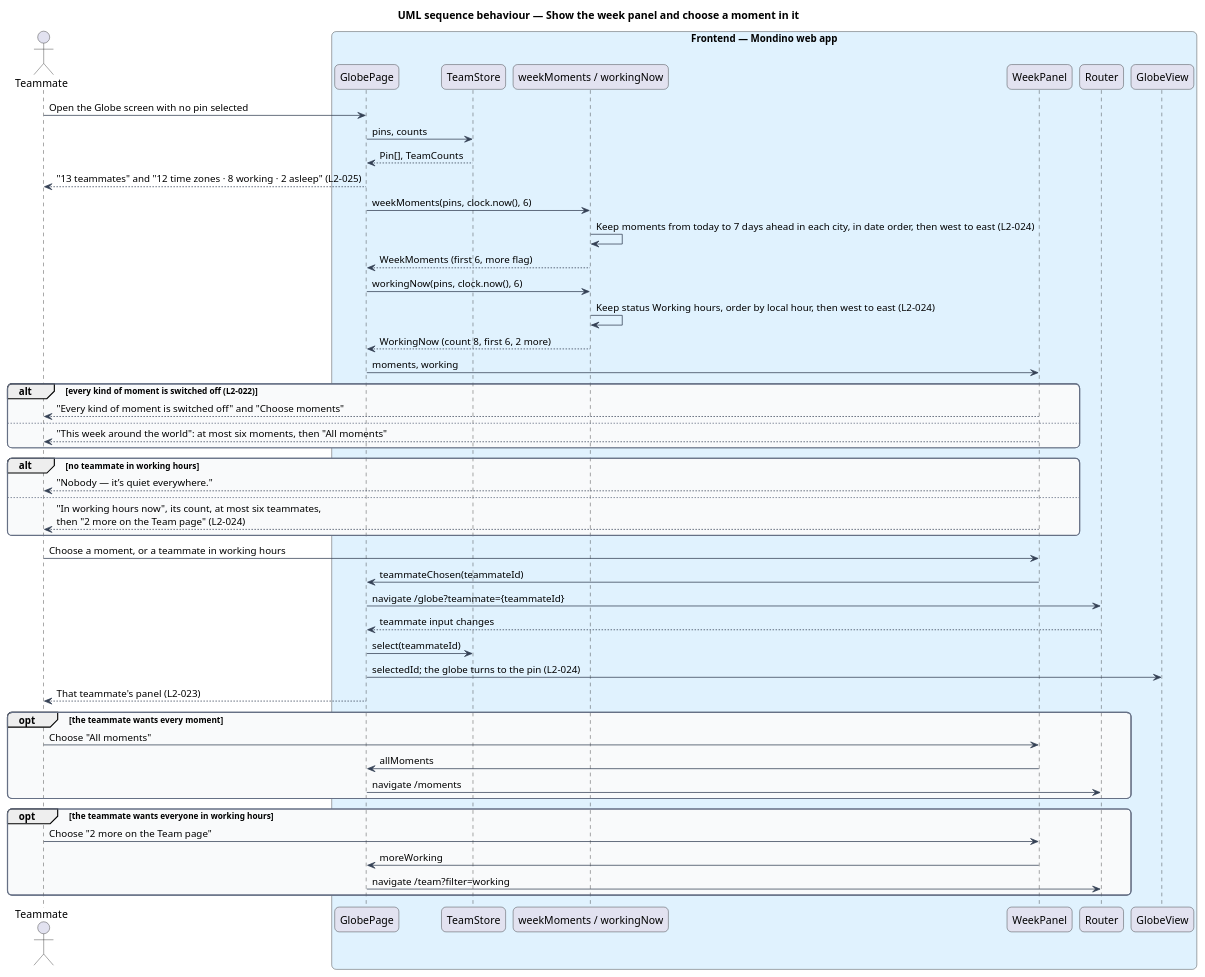
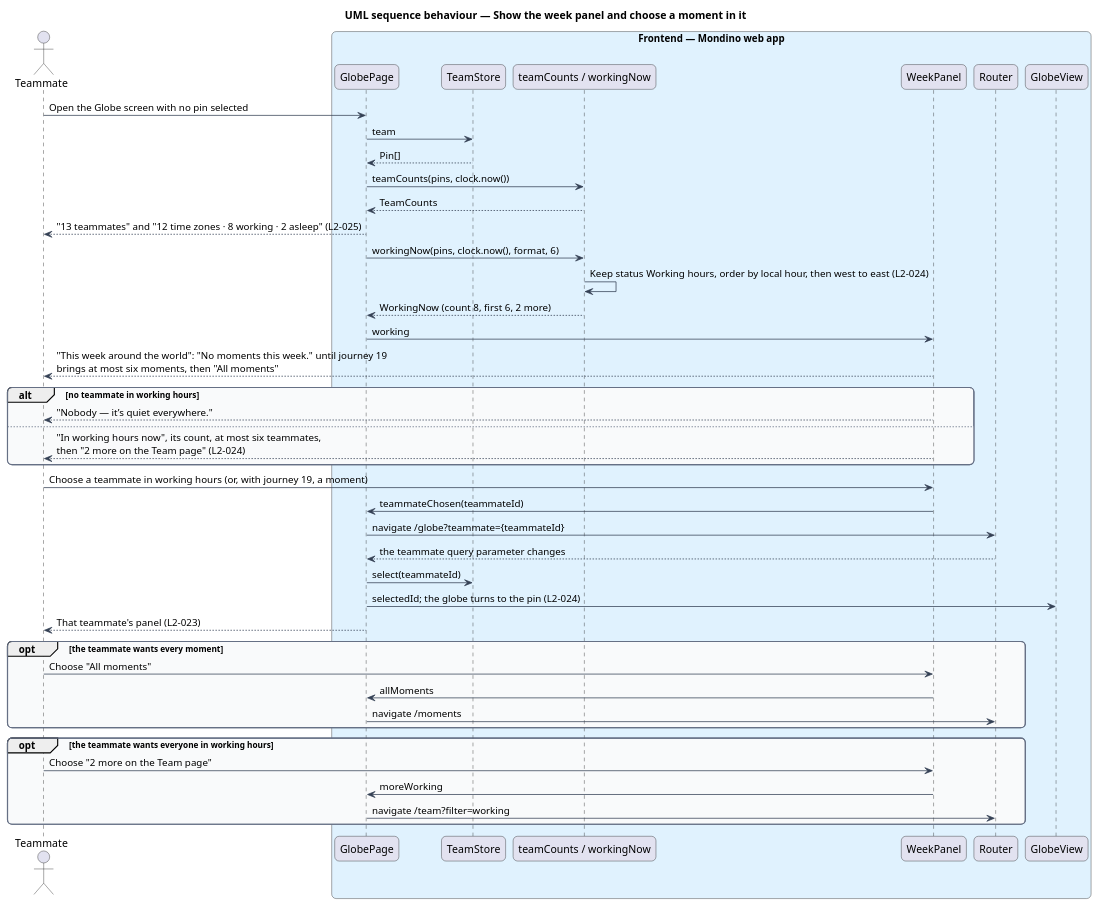
The diagram in docs/detailed-designs/team/view-week-around-the-world/diagrams/sequence-choose-moment.puml (QuinntyneBrown/Mondino), drawn with PlantUML before and after one commit. The commit also changed 31 other files, not shown here.

```diff
--- a/docs/detailed-designs/team/view-week-around-the-world/diagrams/sequence-choose-moment.puml
+++ b/docs/detailed-designs/team/view-week-around-the-world/diagrams/sequence-choose-moment.puml
@@ -1,64 +1,59 @@
 @startuml
 title UML sequence behaviour — Show the week panel and choose a moment in it
 skinparam backgroundColor #FFFFFF
 skinparam shadowing false
 skinparam roundcorner 12
 skinparam defaultFontName Arial
 skinparam ArrowColor #344054
 skinparam rectangle {
   BorderColor #344054
   FontColor #101828
 }
 skinparam package {
   BorderColor #667085
   FontColor #101828
   BackgroundColor #F9FAFB
 }
 actor "Teammate" as actor
 box "Frontend — Mondino web app" #E0F2FE
   participant "GlobePage" as page
   participant "TeamStore" as store
-  participant "weekMoments / workingNow" as fn
+  participant "teamCounts / workingNow" as fn
   participant "WeekPanel" as panel
   participant "Router" as router
   participant "GlobeView" as globe
 end box
 actor -> page : Open the Globe screen with no pin selected
-page -> store : pins, counts
-store --> page : Pin[], TeamCounts
+page -> store : team
+store --> page : Pin[]
+page -> fn : teamCounts(pins, clock.now())
+fn --> page : TeamCounts
 page --> actor : "13 teammates" and "12 time zones · 8 working · 2 asleep" (L2-025)
-page -> fn : weekMoments(pins, clock.now(), 6)
-fn -> fn : Keep moments from today to 7 days ahead in each city, in date order, then west to east (L2-024)
-fn --> page : WeekMoments (first 6, more flag)
-page -> fn : workingNow(pins, clock.now(), 6)
+page -> fn : workingNow(pins, clock.now(), format, 6)
 fn -> fn : Keep status Working hours, order by local hour, then west to east (L2-024)
 fn --> page : WorkingNow (count 8, first 6, 2 more)
-page -> panel : moments, working
-alt every kind of moment is switched off (L2-022)
-  panel --> actor : "Every kind of moment is switched off" and "Choose moments"
-else
-  panel --> actor : "This week around the world": at most six moments, then "All moments"
-end
+page -> panel : working
+panel --> actor : "This week around the world": "No moments this week." until journey 19\nbrings at most six moments, then "All moments"
 alt no teammate in working hours
   panel --> actor : "Nobody — it’s quiet everywhere."
 else
   panel --> actor : "In working hours now", its count, at most six teammates,\nthen "2 more on the Team page" (L2-024)
 end
-actor -> panel : Choose a moment, or a teammate in working hours
+actor -> panel : Choose a teammate in working hours (or, with journey 19, a moment)
 panel -> page : teammateChosen(teammateId)
 page -> router : navigate /globe?teammate={teammateId}
-router --> page : teammate input changes
+router --> page : the teammate query parameter changes
 page -> store : select(teammateId)
 page -> globe : selectedId; the globe turns to the pin (L2-024)
 page --> actor : That teammate's panel (L2-023)
 opt the teammate wants every moment
   actor -> panel : Choose "All moments"
   panel -> page : allMoments
   page -> router : navigate /moments
 end
 opt the teammate wants everyone in working hours
   actor -> panel : Choose "2 more on the Team page"
   panel -> page : moreWorking
   page -> router : navigate /team?filter=working
 end
 @enduml
```
